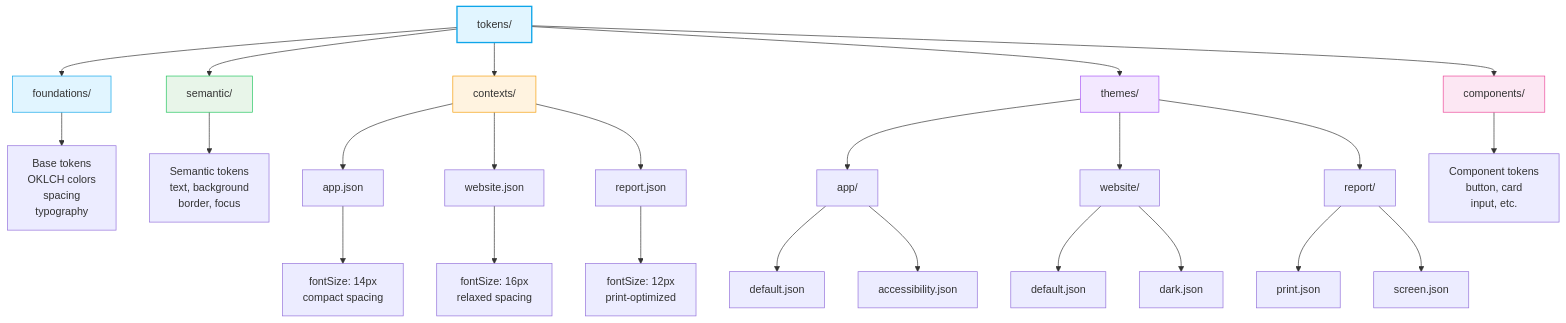
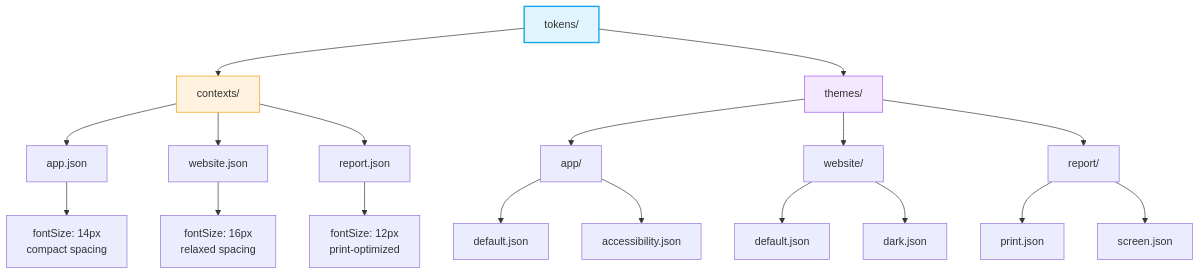
The third of 3 diagrams in docs/adr/ADR-0023-token-organization-context-and-theme-separation.md (drYauhen/envy-ui-v2), drawn with Mermaid before and after one commit. The commit also changed other lines of this file and 13 other files, not shown here.

````diff
--- a/docs/adr/ADR-0023-token-organization-context-and-theme-separation.md
+++ b/docs/adr/ADR-0023-token-organization-context-and-theme-separation.md
@@ -112,42 +134,30 @@
 ```mermaid
 graph TD
-    A[tokens/] --> B[foundations/]
-    A --> C[semantic/]
-    A --> D[contexts/]
+    A[tokens/] --> D[contexts/]
     A --> E[themes/]
-    A --> F[components/]
-    
-    B --> B1[Base tokens<br/>OKLCH colors<br/>spacing<br/>typography]
-    
-    C --> C1[Semantic tokens<br/>text, background<br/>border, focus]
-    
+
     D --> D1[app.json]
     D --> D2[website.json]
     D --> D3[report.json]
-    
+
     D1 --> D1A[fontSize: 14px<br/>compact spacing]
     D2 --> D2A[fontSize: 16px<br/>relaxed spacing]
     D3 --> D3A[fontSize: 12px<br/>print-optimized]
-    
+
     E --> E1[app/]
     E --> E2[website/]
     E --> E3[report/]
-    
+
     E1 --> E1A[default.json]
     E1 --> E1B[accessibility.json]
-    
+
     E2 --> E2A[default.json]
     E2 --> E2B[dark.json]
-    
+
     E3 --> E3A[print.json]
     E3 --> E3B[screen.json]
-    
-    F --> F1[Component tokens<br/>button, card<br/>input, etc.]
-    
+
     style A fill:#e1f5ff,stroke:#0ea5e9,stroke-width:2px
-    style B fill:#e1f5ff,stroke:#0ea5e9
-    style C fill:#e8f5e9,stroke:#22c55e
     style D fill:#fff3e0,stroke:#f59e0b
     style E fill:#f3e8ff,stroke:#a855f7
-    style F fill:#fce7f3,stroke:#ec4899
 ```
````
